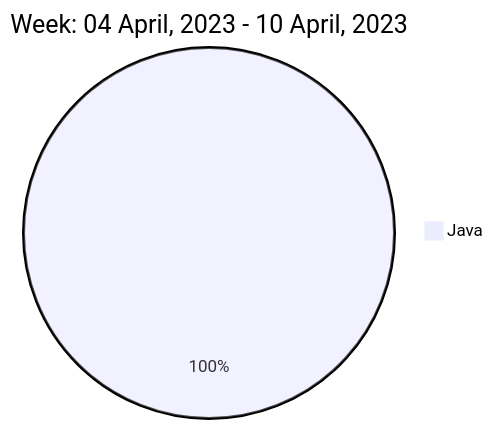
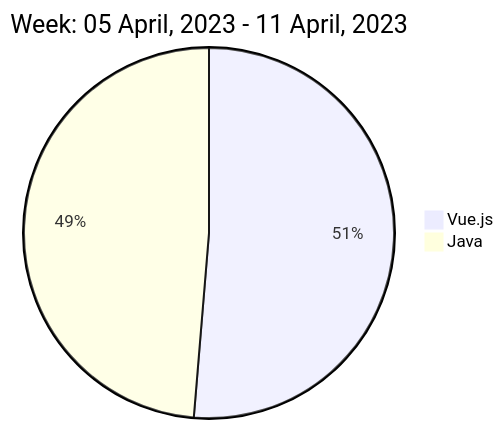
Before and after one commit to liubin95/liubin95: the diagram in README.md, drawn with Mermaid.

Commit message:
Updated the Graph with new Metrics

````diff
--- a/README.md
+++ b/README.md
@@ -40,5 +40,6 @@
 ```mermaid
  pie
-title Week: 04 April, 2023 - 10 April, 2023
- "Java" : 0.97
+title Week: 05 April, 2023 - 11 April, 2023
+ "Vue.js" : 0.98
+ "Java" : 0.93
 ```
````
